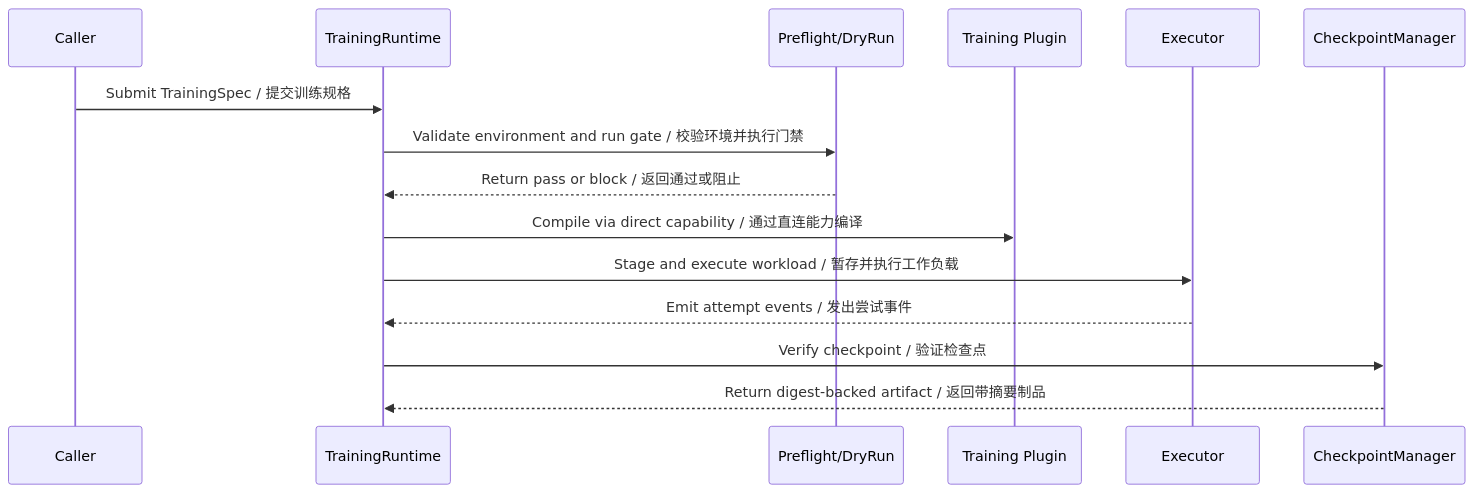
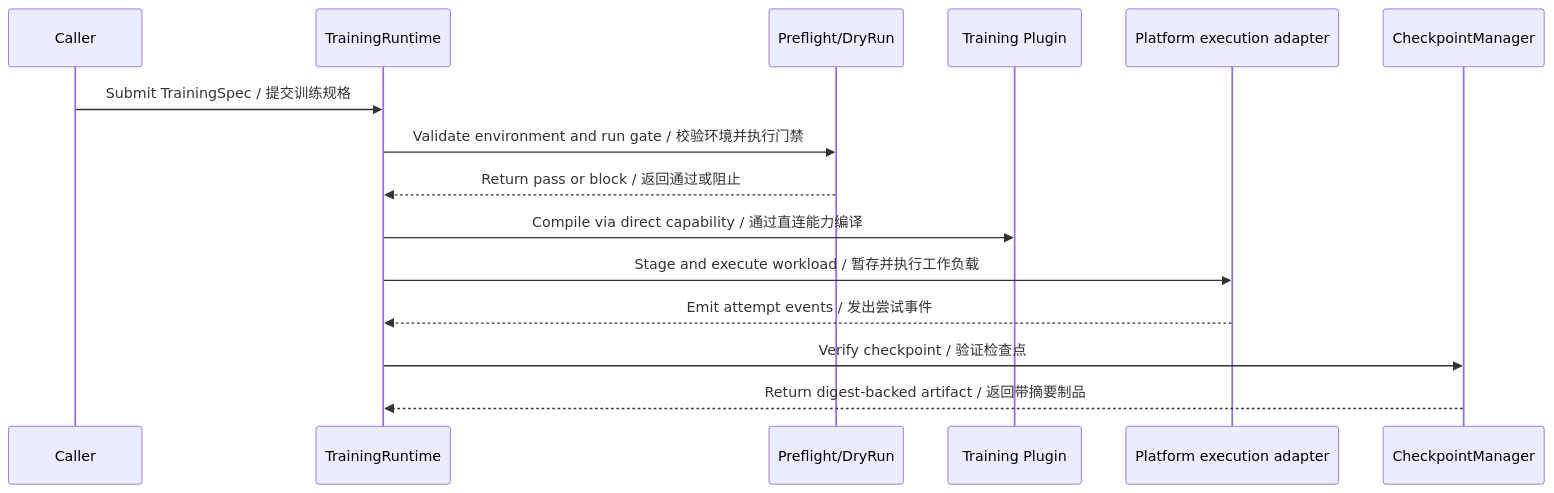
The diagram in docs/architecture/tool-system.md (DoHorizon-AI/Cyrene-Yield), drawn with Mermaid before and after one commit. The commit also changed other lines of this file and 34 other files, not shown here.

````diff
--- a/docs/architecture/tool-system.md
+++ b/docs/architecture/tool-system.md
@@ -22,18 +22,18 @@
 ```mermaid
 sequenceDiagram
     participant C as Caller
     participant R as TrainingRuntime
     participant F as Preflight/DryRun
     participant A as Training Plugin
-    participant X as Executor
+    participant X as Platform execution adapter
     participant K as CheckpointManager
 
     C->>R: Submit TrainingSpec / 提交训练规格
     R->>F: Validate environment and run gate / 校验环境并执行门禁
     F-->>R: Return pass or block / 返回通过或阻止
     R->>A: Compile via direct capability / 通过直连能力编译
     R->>X: Stage and execute workload / 暂存并执行工作负载
     X-->>R: Emit attempt events / 发出尝试事件
     R->>K: Verify checkpoint / 验证检查点
     K-->>R: Return digest-backed artifact / 返回带摘要制品
 ```
````
